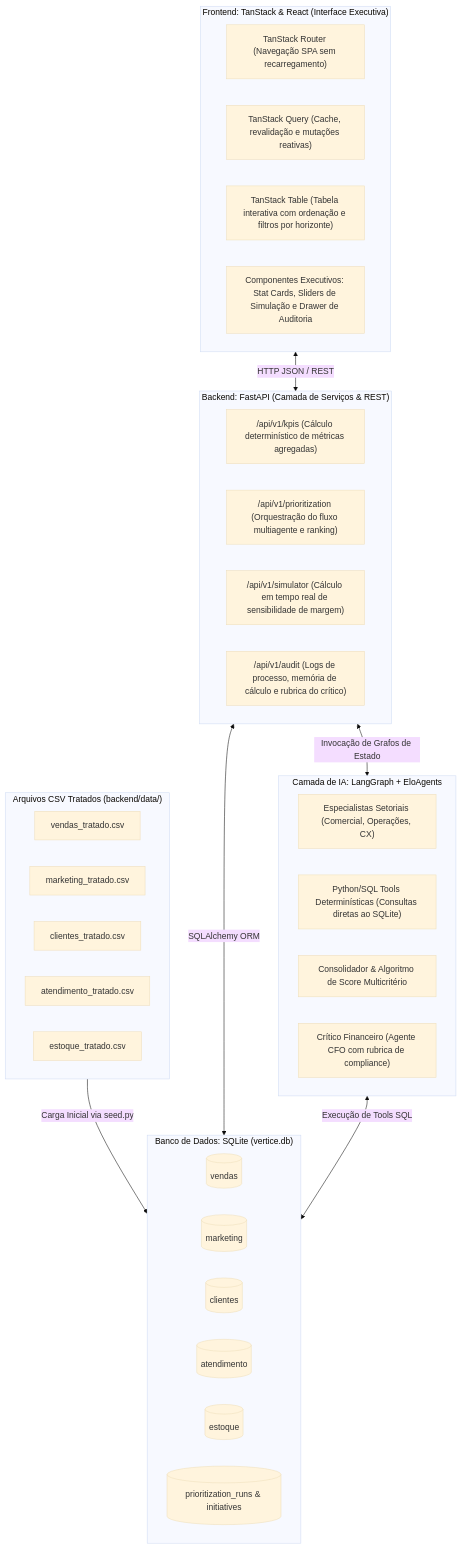
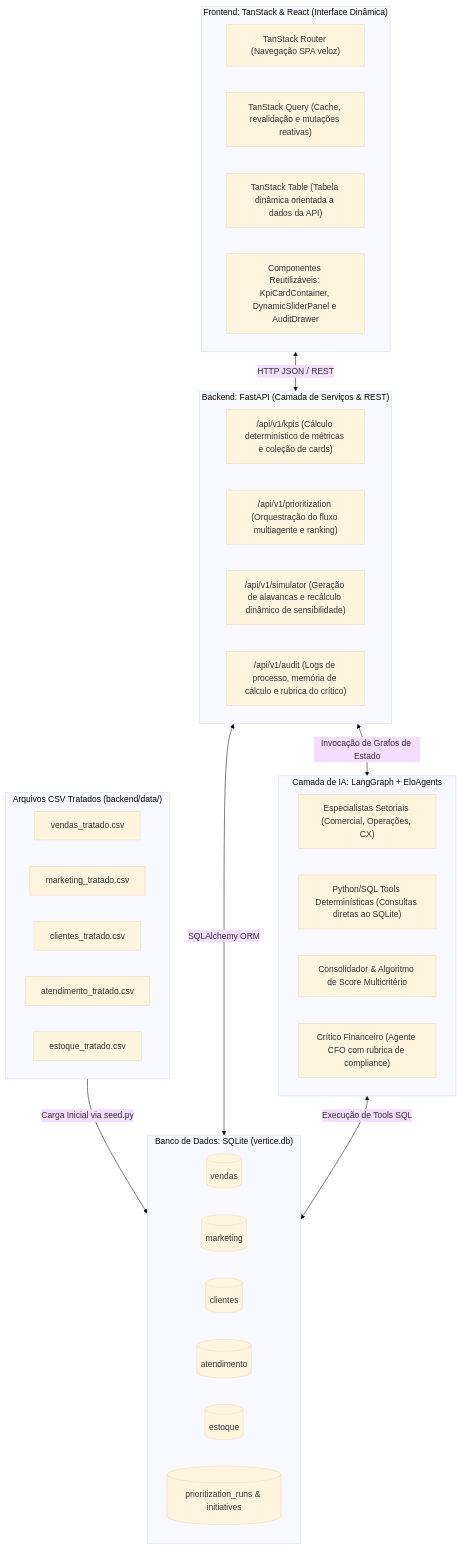
The third of 6 diagrams in docs/04_ideia.md (carlos-e-araujo/priorizador-de-margem), drawn with Mermaid (base theme) before and after one commit. The commit also changed other lines of this file, not shown here.

Commit message:
Refine Módulo C documentation for clarity and accuracy, enhancing descriptions of data handling and system architecture

````diff
--- a/docs/04_ideia.md
+++ b/docs/04_ideia.md
@@ -111,46 +113,46 @@
 ```mermaid
 flowchart TD
-    subgraph Frontend["Frontend: TanStack & React (Interface Executiva)"]
-        UI1["TanStack Router (Navegação SPA sem recarregamento)"]
+    subgraph Frontend["Frontend: TanStack & React (Interface Dinâmica)"]
+        UI1["TanStack Router (Navegação SPA veloz)"]
         UI2["TanStack Query (Cache, revalidação e mutações reativas)"]
-        UI3["TanStack Table (Tabela interativa com ordenação e filtros por horizonte)"]
-        UI4["Componentes Executivos: Stat Cards, Sliders de Simulação e Drawer de Auditoria"]
+        UI3["TanStack Table (Tabela dinâmica orientada a dados da API)"]
+        UI4["Componentes Reutilizáveis: KpiCardContainer, DynamicSliderPanel e AuditDrawer"]
     end
 
     subgraph Backend["Backend: FastAPI (Camada de Serviços & REST)"]
-        API1["/api/v1/kpis (Cálculo determinístico de métricas agregadas)"]
+        API1["/api/v1/kpis (Cálculo determinístico de métricas e coleção de cards)"]
         API2["/api/v1/prioritization (Orquestração do fluxo multiagente e ranking)"]
-        API3["/api/v1/simulator (Cálculo em tempo real de sensibilidade de margem)"]
+        API3["/api/v1/simulator (Geração de alavancas e recálculo dinâmico de sensibilidade)"]
         API4["/api/v1/audit (Logs de processo, memória de cálculo e rubrica do crítico)"]
     end
 
     subgraph Intelligence["Camada de IA: LangGraph + EloAgents"]
         AG1["Especialistas Setoriais (Comercial, Operações, CX)"]
         AG2["Python/SQL Tools Determinísticas (Consultas diretas ao SQLite)"]
         AG3["Consolidador & Algoritmo de Score Multicritério"]
         AG4["Crítico Financeiro (Agente CFO com rubrica de compliance)"]
     end
 
     subgraph Storage["Banco de Dados: SQLite (vertice.db)"]
         DB1[("vendas")]
         DB2[("marketing")]
         DB3[("clientes")]
         DB4[("atendimento")]
         DB5[("estoque")]
         DB6[("prioritization_runs & initiatives")]
     end
 
     subgraph CSVs["Arquivos CSV Tratados (backend/data/)"]
         CSV1["vendas_tratado.csv"]
         CSV2["marketing_tratado.csv"]
         CSV3["clientes_tratado.csv"]
         CSV4["atendimento_tratado.csv"]
         CSV5["estoque_tratado.csv"]
     end
 
     CSVs -->|Carga Inicial via seed.py| Storage
     Frontend <-->|HTTP JSON / REST| Backend
     Backend <-->|SQLAlchemy ORM| Storage
     Backend <-->|Invocação de Grafos de Estado| Intelligence
     Intelligence <-->|Execução de Tools SQL| Storage
 ```
````
